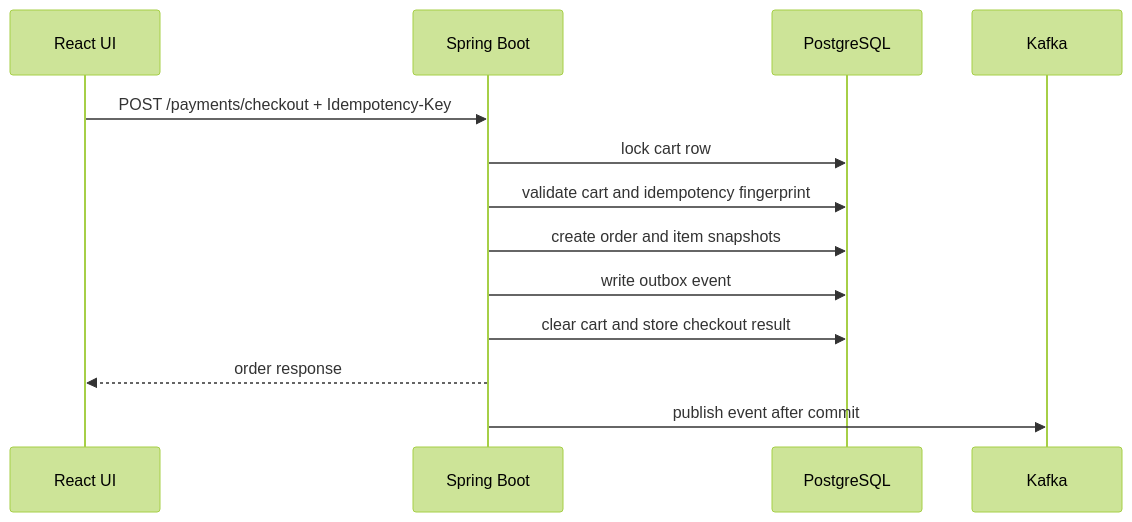
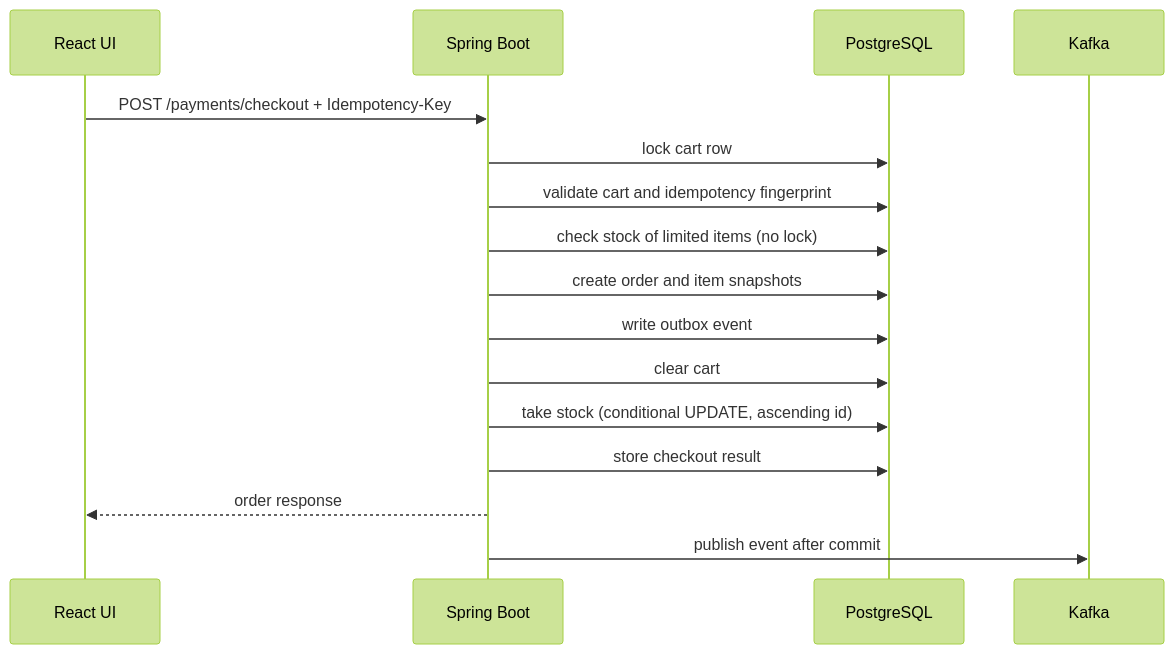
One commit to luc1ferxx/Luc1fersFoodBank changed the diagram in docs/correctness.md. Above: the diagram before and after it, drawn with Mermaid (forest theme). The commit also changed other lines of this file and 31 other files, not shown here.

````diff
--- a/docs/correctness.md
+++ b/docs/correctness.md
@@ -12,16 +12,19 @@
 ```mermaid
 sequenceDiagram
   participant UI as React UI
   participant API as Spring Boot
   participant DB as PostgreSQL
   participant Kafka as Kafka
 
   UI->>API: POST /payments/checkout + Idempotency-Key
   API->>DB: lock cart row
   API->>DB: validate cart and idempotency fingerprint
+  API->>DB: check stock of limited items (no lock)
   API->>DB: create order and item snapshots
   API->>DB: write outbox event
-  API->>DB: clear cart and store checkout result
+  API->>DB: clear cart
+  API->>DB: take stock (conditional UPDATE, ascending id)
+  API->>DB: store checkout result
   API-->>UI: order response
   API->>Kafka: publish event after commit
 ```
````
